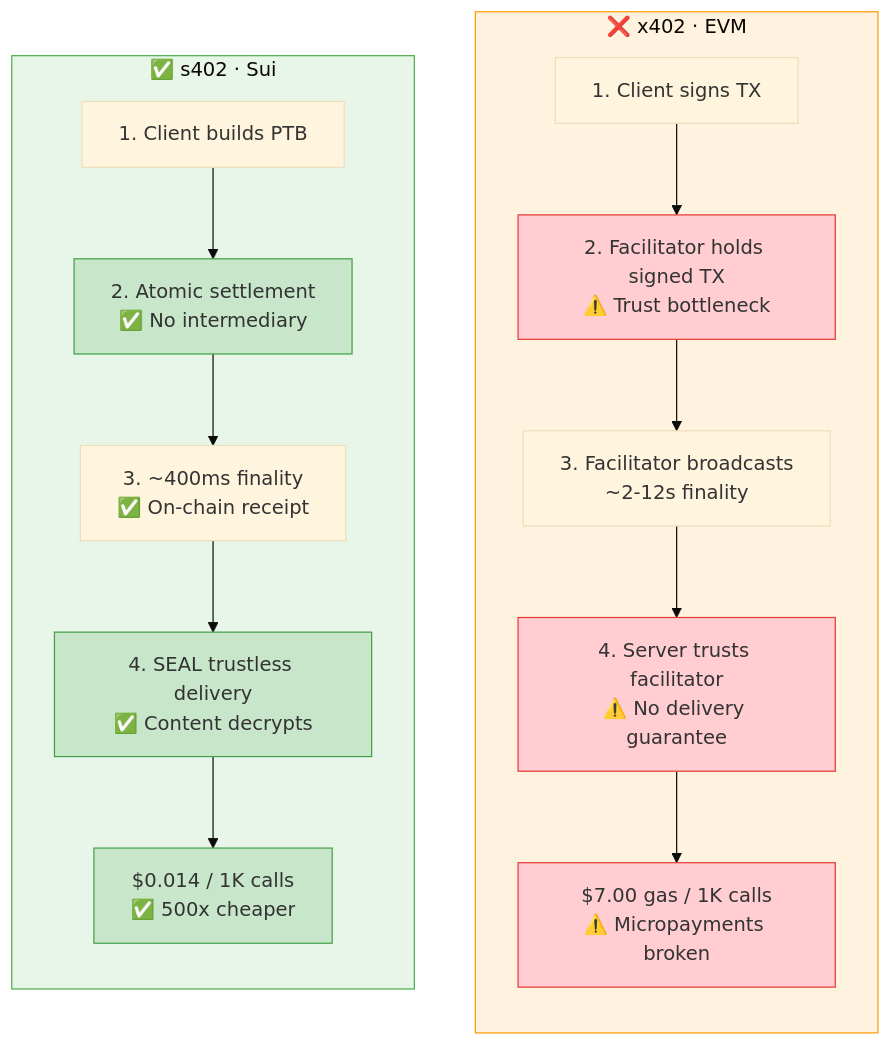
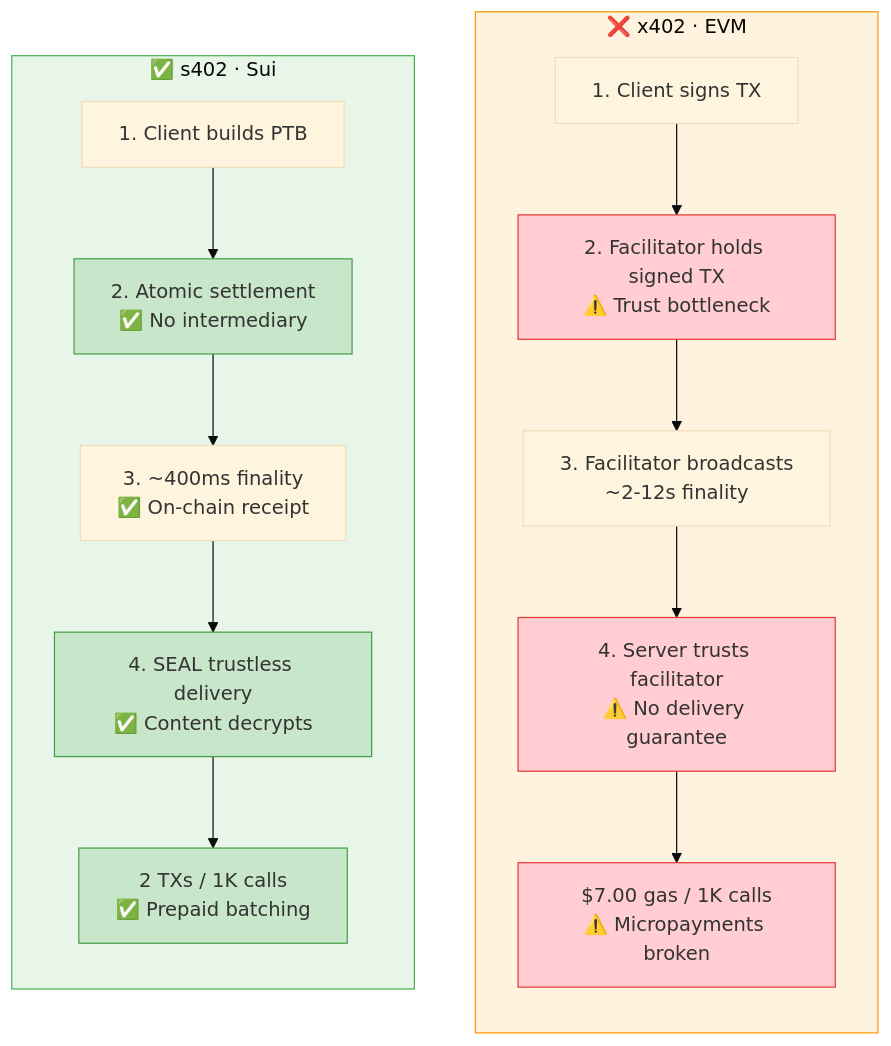
The diagram in docs/x402-vs-s402.mmd (sweeinc/sweefi), drawn with Mermaid before and after one commit. The commit also changed 16 other files, not shown here.

First line of the commit message:
docs: VitePress site, ADR-007 v0.2 limitations, architecture updates

```diff
--- a/docs/x402-vs-s402.mmd
+++ b/docs/x402-vs-s402.mmd
@@ -1,27 +1,27 @@
 %%{init: {'theme': 'base', 'themeVariables': { 'fontFamily': 'Inter, system-ui, sans-serif' }}}%%
 
 graph TB
     subgraph X402["❌ x402 · EVM"]
         direction TB
         X1["1. Client signs TX"] --> X2["2. Facilitator holds signed TX<br/>⚠️ Trust bottleneck"]
         X2 --> X3["3. Facilitator broadcasts<br/>~2-12s finality"]
         X3 --> X4["4. Server trusts facilitator<br/>⚠️ No delivery guarantee"]
         X4 --> X5["$7.00 gas / 1K calls<br/>⚠️ Micropayments broken"]
     end
 
     subgraph S402["✅ s402 · Sui"]
         direction TB
         S1["1. Client builds PTB"] --> S2["2. Atomic settlement<br/>✅ No intermediary"]
         S2 --> S3["3. ~400ms finality<br/>✅ On-chain receipt"]
         S3 --> S4["4. SEAL trustless delivery<br/>✅ Content decrypts"]
-        S4 --> S5["$0.014 / 1K calls<br/>✅ 500x cheaper"]
+        S4 --> S5["2 TXs / 1K calls<br/>✅ Prepaid batching"]
     end
 
     style X402 fill:#FFF3E0,stroke:#FF9800
     style S402 fill:#E8F5E9,stroke:#4CAF50
     style X2 fill:#FFCDD2,stroke:#E53935
     style X4 fill:#FFCDD2,stroke:#E53935
     style X5 fill:#FFCDD2,stroke:#E53935
     style S2 fill:#C8E6C9,stroke:#43A047
     style S4 fill:#C8E6C9,stroke:#43A047
     style S5 fill:#C8E6C9,stroke:#43A047
```
